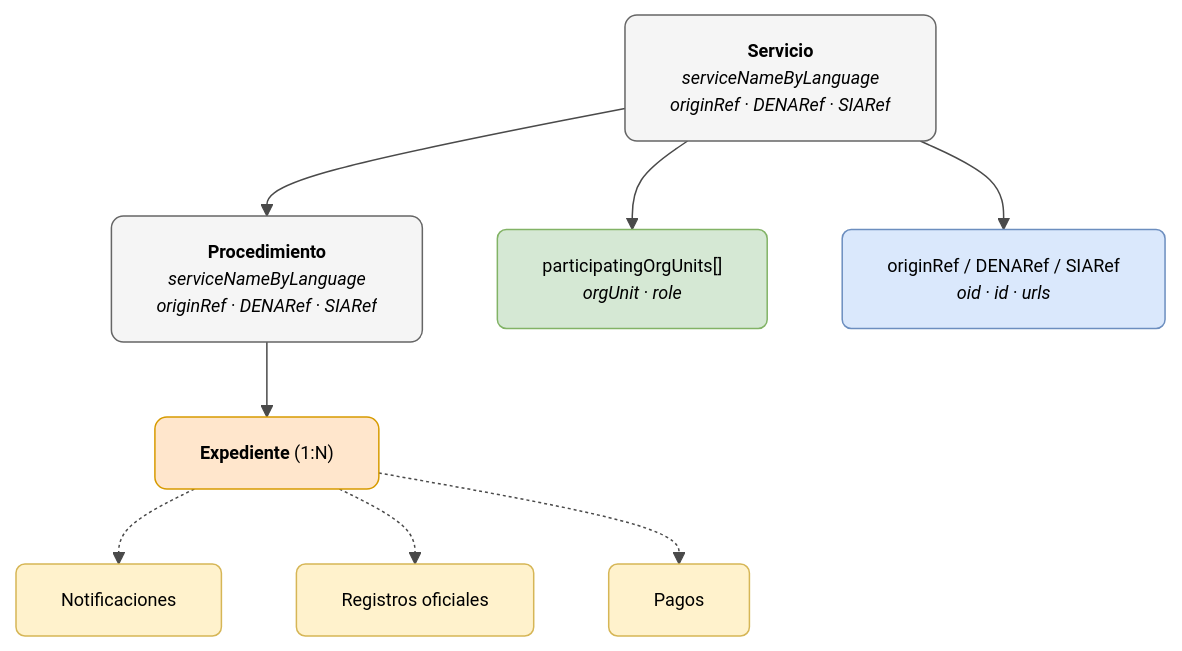
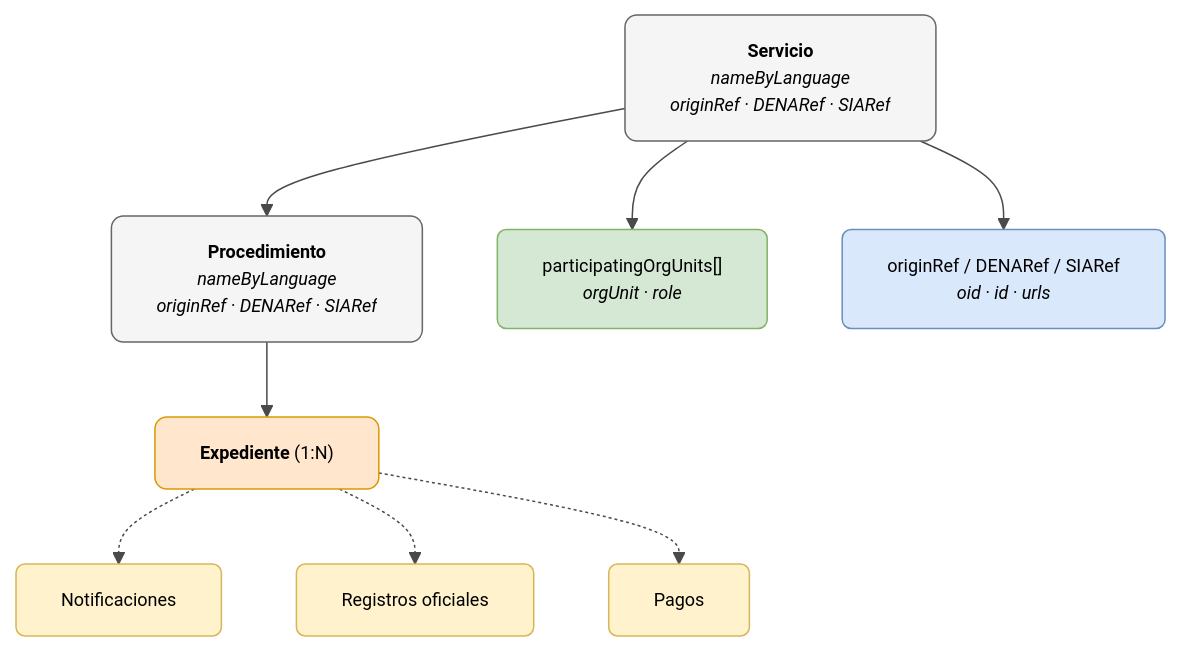
One commit to DENA-Euskadi/dena-euskadi.github.io changed the diagram in docs/semantica/data-retrieve/data/servicio-administrativo.md. Above: the diagram before and after it, drawn with Mermaid. The commit also changed other lines of this file and 43 other files, not shown here.

````diff
--- a/docs/semantica/data-retrieve/data/servicio-administrativo.md
+++ b/docs/semantica/data-retrieve/data/servicio-administrativo.md
@@ -14,41 +14,41 @@
 ```mermaid
 ---
 config:
   theme: base
   themeVariables:
     primaryColor: "#FFFFFF"
     primaryTextColor: "#000000"
     primaryBorderColor: "#CCCCCC"
     lineColor: "#4A4A4A"
     fontSize: "12px"
 ---
 flowchart TD
-    SRV["<b>Servicio</b><br/><i>serviceNameByLanguage<br/>originRef · DENARef · SIARef</i>"]
-    PROC["<b>Procedimiento</b><br/><i>serviceNameByLanguage<br/>originRef · DENARef · SIARef</i>"]
+    SRV["<b>Servicio</b><br/><i>nameByLanguage<br/>originRef · DENARef · SIARef</i>"]
+    PROC["<b>Procedimiento</b><br/><i>nameByLanguage<br/>originRef · DENARef · SIARef</i>"]
     EXP["<b>Expediente</b> (1:N)"]
 
     SRV --> PROC
     PROC --> EXP
 
     EXP -.-> NOT["Notificaciones"]
     EXP -.-> REG["Registros oficiales"]
     EXP -.-> PAY["Pagos"]
 
     SRV --> ORG["participatingOrgUnits[]<br/><i>orgUnit · role</i>"]
     SRV --> REFS["originRef / DENARef / SIARef<br/><i>oid · id · urls</i>"]
 
     style SRV fill:#f5f5f5,stroke:#666666,color:#000000,rx:8,ry:8
     style PROC fill:#f5f5f5,stroke:#666666,color:#000000,rx:8,ry:8
     style EXP fill:#ffe6cc,stroke:#d79b00,color:#000000,rx:8,ry:8
     style NOT fill:#fff2cc,stroke:#d6b656,color:#000000,rx:6,ry:6
     style REG fill:#fff2cc,stroke:#d6b656,color:#000000,rx:6,ry:6
     style PAY fill:#fff2cc,stroke:#d6b656,color:#000000,rx:6,ry:6
     style ORG fill:#d5e8d4,stroke:#82b366,color:#000000,rx:6,ry:6
     style REFS fill:#dae8fc,stroke:#6c8ebf,color:#000000,rx:6,ry:6
 
     click EXP "../expediente/" "Ver Expediente"
     click NOT "../notificacion/" "Ver Notificación"
     click REG "../registro-oficial/" "Ver Registro Oficial"
     click PAY "../pago/" "Ver Pago"
     click ORG "../unidad-organica/" "Ver Unidad Orgánica"
 ```
````
